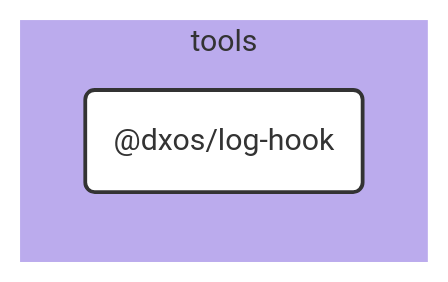
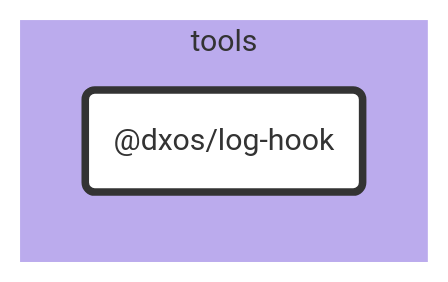
The diagram in tools/log-hook/docs/README.md (dxos/dxos), drawn with Mermaid before and after one commit. The commit also changed 683 other files, not shown here.

````diff
--- a/tools/log-hook/docs/README.md
+++ b/tools/log-hook/docs/README.md
@@ -7,25 +7,20 @@
 ```mermaid
 %%{ init: {'flowchart':{'curve':'basis'}} }%%
 
 flowchart LR
 
-%% Links
+%% Classes
+classDef def fill:#fff,stroke:#333,stroke-width:1px
+classDef root fill:#fff,stroke:#333,stroke-width:4px
 
-%% Sections
-subgraph tools
-  style tools fill:#bbabed,stroke:#fff;
+%% Nodes
 
-  dxos/log-hook("@dxos/log-hook")
+subgraph tools [tools]
+  style tools fill:#bbabed,stroke:#fff
+  dxos/log-hook("@dxos/log-hook"):::root
+  click dxos/log-hook "dxos/dxos/tree/main/tools/log-hook/docs"
 end
 
-
-%% Hyperlinks
-
-%% Styles
-classDef rootNode fill:#fff,stroke:#333,stroke-width:2px
-classDef defaultNode fill:#fff,stroke:#333,stroke-width:1px
+%% Links
 linkStyle default stroke:#333,stroke-width:1px
-
-dxos/log-hook:::rootNode
-
 ```
````
